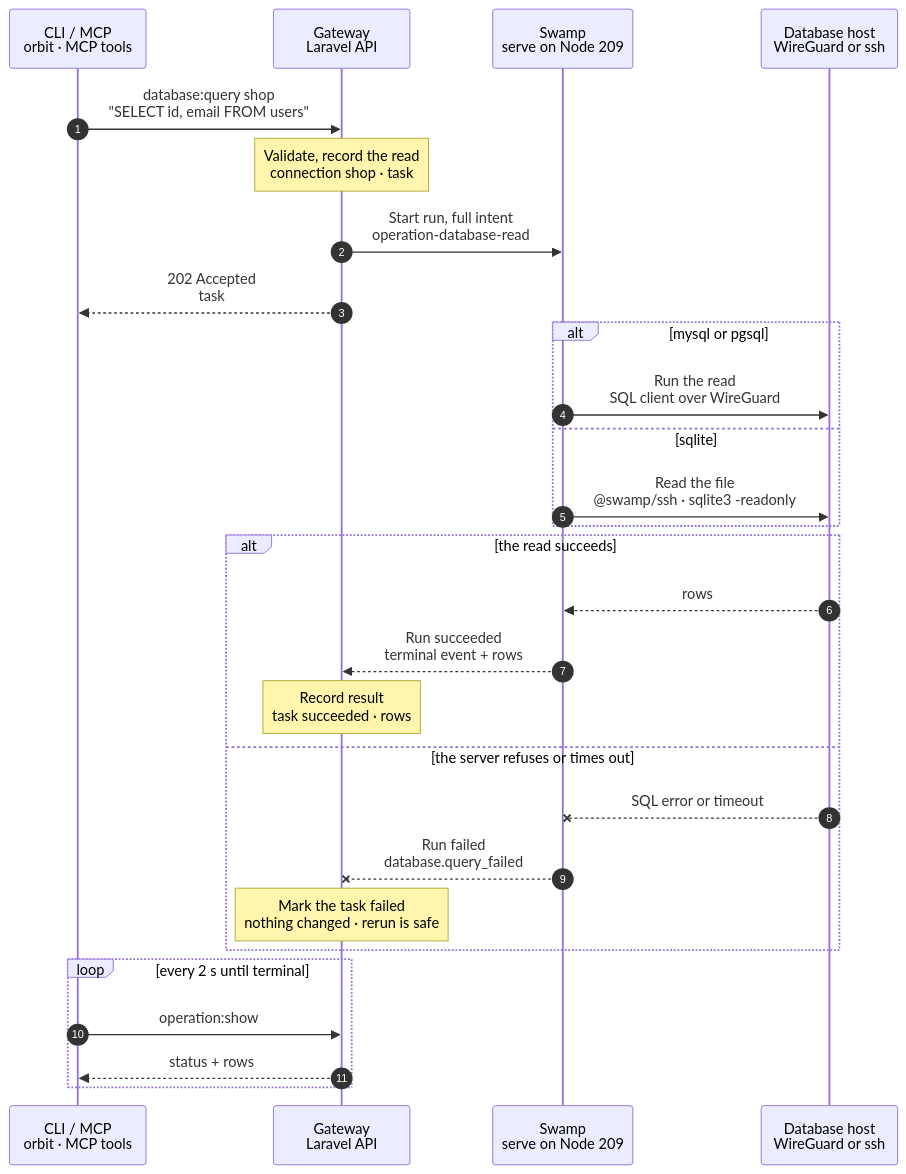
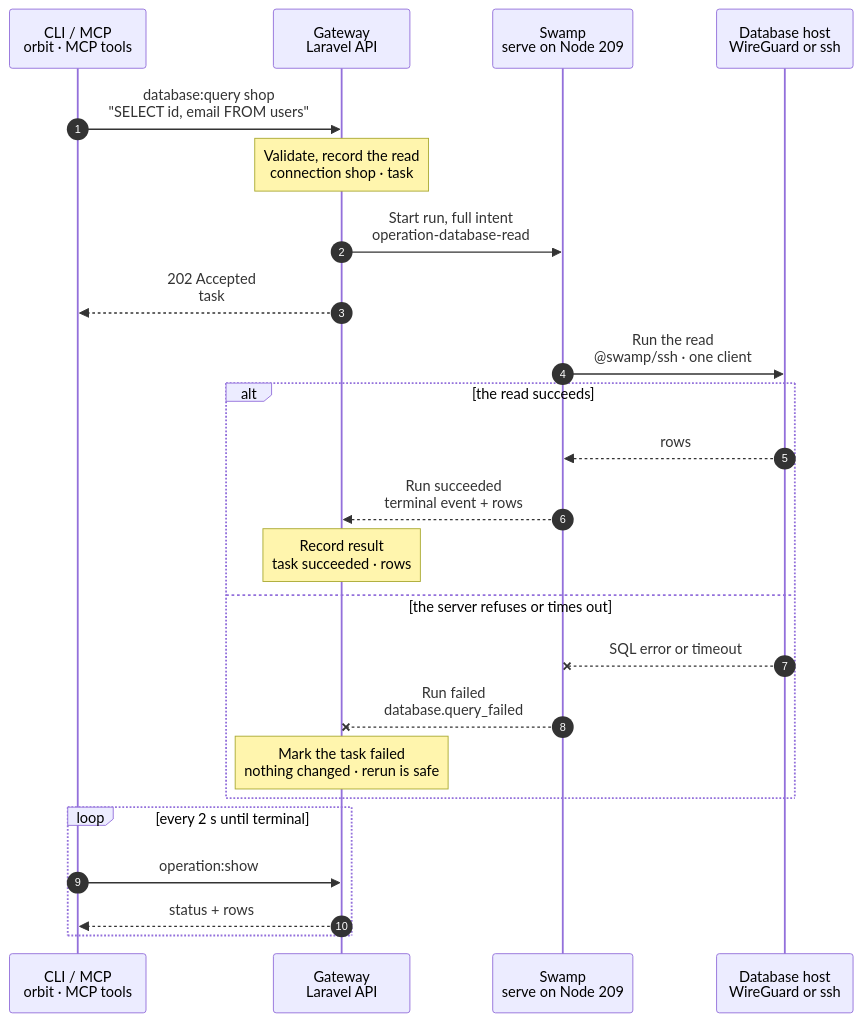
Before and after one commit to hardimpactdev/orbit: the diagram in docs/cli/database/read.mmd, drawn with Mermaid. The commit also changed 32 other files, not shown here.

First line of the commit message:
refactor(databases): database.read runs one client over official SSH; the Gateway checks and shapes the read (rule 22)

```diff
--- a/docs/cli/database/read.mmd
+++ b/docs/cli/database/read.mmd
@@ -1,96 +1,89 @@
 sequenceDiagram
-  %% Target design: coordinator 2026-11-02. Every effect runs in Swamp; a read takes the same path as a write. The step on 209 connects to the Database server over WireGuard with the credential from the vault; no SSH hop back to the Gateway Node. SQLite is Node work over @swamp/ssh (R4).
+  %% Target design: coordinator 2026-11-02. Every effect runs in Swamp; a read takes the same path as a write. Decided 2026-11-02 (orchestrator): a read on a Database server runs as docker exec in its container (Q-DBAUTH); an external connection reads from 209 with the swamp role's clients; SQLite runs sqlite3 on its Node (R4). One @swamp/ssh step; the Gateway picks its host. No shipped script; the Gateway checks the statement and shapes the rows.
   %% status: draft
   %% command: database:query
   %% kind: database.read
   autonumber
   %% lane CLI icon=terminal pill=caller tone=gray
   %% lane GW icon=gateway pill=intent tone=blue
   %% lane SW icon=workflow pill=executes tone=green
   %% lane N icon=server pill=target tone=amber
   participant CLI as CLI / MCP<br/>orbit · MCP tools
   participant GW as Gateway<br/>Laravel API
   participant SW as Swamp<br/>serve on Node 209
   participant N as Database host<br/>WireGuard or ssh
   CLI->>GW: database:query shop<br/>"SELECT id, email FROM users"
   %%> Command:
   %%> - `orbit database:query shop "SELECT id, email FROM users"`
   %%> - syntax: `<slug> <sql> [--write] [--idempotency-key=KEY] [--json]`
   %%> Input:
   %%> - the slug of a registered Database connection, and one SQL statement of at most 16384 characters
   %%> Same kind:
   %%> - `database:tables`, `database:schema` and `database:describe` send a fixed catalog read through the same flow
   %%> Not included:
   %%> - write SQL; with `--write` the statement takes the `database.write` flow
   Note over GW: Validate, record the read<br/>connection shop · task #5170
   %%> Requirements:
   %%> - your Node has an access grant to Node 12, which runs Database server app-mysql
   %%> - the connection's driver is mysql, pgsql or sqlite; redis has no SQL
   %%> - exactly one statement (`database.sql_multiple_statements`)
   %%> - its leading verb doesn't write, or the Gateway refuses with `database.write_required`
   %%> - for sqlite: the connection has a Node, or the Gateway refuses with `database.sqlite_node_required`
   %%> Where the credential lives:
-  %%> - the Gateway stores the connection's password encrypted, and keeps its execution copy in the Swamp vault under the connection's key, `database-connection-shop` (R3)
+  %%> - the Gateway stores the connection's password encrypted; at start it copies the password line and the statement into the Swamp vault as one value, `database-read-intent-5170` (R3)
   %%> - SQLite has no credential
   %%> Result:
   %%> - task #5170 recorded with the full intent; no lock, because a read changes nothing
   GW->>SW: Start run, full intent<br/>operation-database-read
   %%> What it does:
   %%> - starts one Swamp run on serve (Node 209)
   %%> Inputs:
-  %%> - the mode, the statement, the driver, and the server's WireGuard address and port
-  %%> - the vault key name of the credential, never the value
-  %%> - for sqlite: the file path, its owner, and Node 12's address and SSH host keys
+  %%> - the client argv the Gateway built for the driver and mode, and the read host's address and SSH host keys
+  %%> - the vault key name of the password and statement, never the value
   GW-->>CLI: 202 Accepted<br/>task #5170
   %%> What you get:
   %%> - the task number, at once
   %%> Next:
   %%> - the CLI waits with progress, as for other tasks; a read is a short run, usually a few seconds
-  alt mysql or pgsql
-    SW->>N: Run the read<br/>SQL client over WireGuard
-    %%> Who can reach the server:
-    %%> - a Database server binds only Node 12's WireGuard and LAN addresses; 209 is a WireGuard peer, so the step reaches the port directly
-    %%> How:
-    %%> - the step on 209 reads the credential with `vault.get` and opens the connection's own login, never the server's root login
-    %%> - runs the statement inside a READ ONLY transaction, so the server refuses a write the verb check missed
-    %%> - a 30 s statement timeout, and at most 500 rows are read
-    %%> Not included:
-    %%> - no SSH hop: the old run went from 209 back to the Gateway Node to run the query there
-  else sqlite
-    SW->>N: Read the file<br/>@swamp/ssh · sqlite3 -readonly
-    %%> How:
-    %%> - Swamp reaches Node 12 over SSH from 209 with the official `@swamp/ssh` behavior; the SSH identity comes from the `swamp` role
-    %%> What it does:
-    %%> - opens the file read-only as the file's owner, runs the statement and returns at most 500 rows
-  end
+  SW->>N: Run the read<br/>@swamp/ssh · one client
+  %%> How:
+  %%> - Swamp reaches the host over SSH from 209 with the official `@swamp/ssh` behavior; the SSH identity comes from the `swamp` role
+  %%> - stdin is one vault value: the password as the first line, then the statement (Q-DBAUTH); SQLite has no password line
+  %%> Where it runs:
+  %%> - on a Database server: one `docker exec -i` into its container on Node 12; the client in the image logs in as the connection's own user, never root
+  %%> - on a registered external database: the `mysql` or `psql` client on 209, which the `swamp` role installs; 209 reaches the host directly
+  %%> - on SQLite: `sqlite3 -readonly -safe` on the file's Node, as the file's owner; it cannot write, attach or run shell commands
+  %%> What it does:
+  %%> - MySQL and PostgreSQL run the statement inside a READ ONLY transaction
+  %%> - a 30 s limit; MySQL prints XML, PostgreSQL and SQLite print CSV; the output stops at 64 KiB
   alt the read succeeds
     N-->>SW: rows
     %%> Returns:
-    %%> - up to 500 rows; more sets `truncated`
+    %%> - the client output; the Gateway keeps up to 500 rows, and more sets `truncated`
     SW-->>GW: Run succeeded<br/>terminal event + rows
     %%> How the Gateway learns it:
     %%> - the rows come back as the run's terminal result; its shared run reader sees it; Swamp never calls the Gateway
     Note over GW: Record result<br/>task succeeded · rows
     %%> Result:
     %%> - task #5170 succeeds with the rows; no password or connection string in it
   else the server refuses or times out
     N--xSW: SQL error or timeout
     %%> When:
     %%> - a syntax error, a missing table, a refused write, or no answer within 30 s
     SW--xGW: Run failed<br/>database.query_failed
     %%> The Gateway reads:
     %%> - a bounded error code and message, without SQL output
     Note over GW: Mark the task failed<br/>nothing changed · rerun is safe
     %%> Result:
     %%> - task #5170 fails; nothing changed on the server
     %%> Retry:
     %%> - run the command again; a read is safe to repeat
   end
   loop every 2 s until terminal
     CLI->>GW: operation:show #5170
     %%> What it does:
     %%> - asks for the task's status every 2 seconds until it has ended
     GW-->>CLI: status + rows
     %%> Returns:
     %%> - the current status, and the rows once the task has ended; SQL null shows as `NULL`
   end
```
